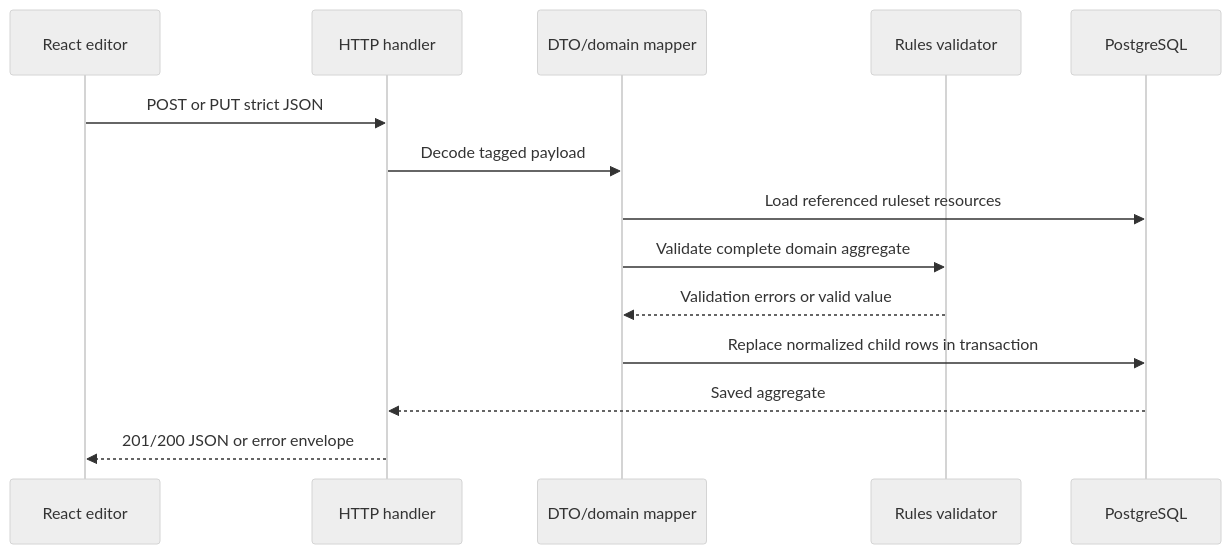
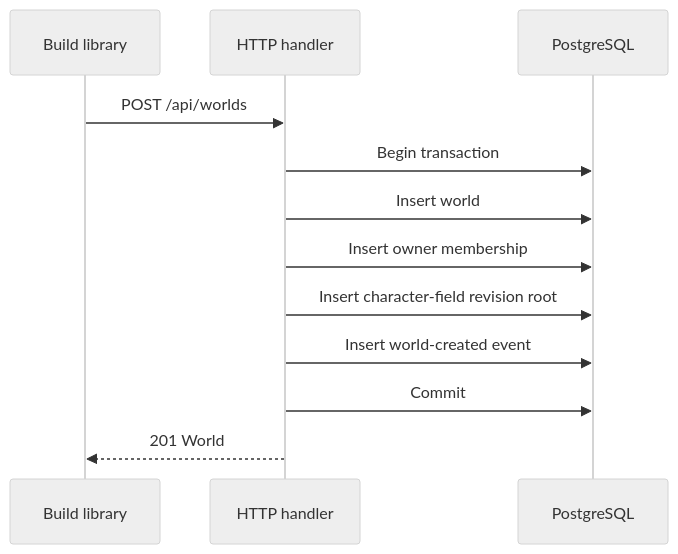
Before and after one commit to JTan2231/gezerah: the fourth of 6 diagrams in docs/architecture.md, drawn with Mermaid (neutral theme). The commit also changed other lines of this file and 110 other files, not shown here.

````diff
--- a/docs/architecture.md
+++ b/docs/architecture.md
@@ -201,17 +147,15 @@
 ```mermaid
 sequenceDiagram
-    participant UI as React editor
+    participant UI as Build library
     participant H as HTTP handler
-    participant M as DTO/domain mapper
-    participant R as Rules validator
     participant DB as PostgreSQL
 
-    UI->>H: POST or PUT strict JSON
-    H->>M: Decode tagged payload
-    M->>DB: Load referenced ruleset resources
-    M->>R: Validate complete domain aggregate
-    R-->>M: Validation errors or valid value
-    M->>DB: Replace normalized child rows in transaction
-    DB-->>H: Saved aggregate
-    H-->>UI: 201/200 JSON or error envelope
+    UI->>H: POST /api/worlds
+    H->>DB: Begin transaction
+    H->>DB: Insert world
+    H->>DB: Insert owner membership
+    H->>DB: Insert character-field revision root
+    H->>DB: Insert world-created event
+    H->>DB: Commit
+    H-->>UI: 201 World
 ```
````
